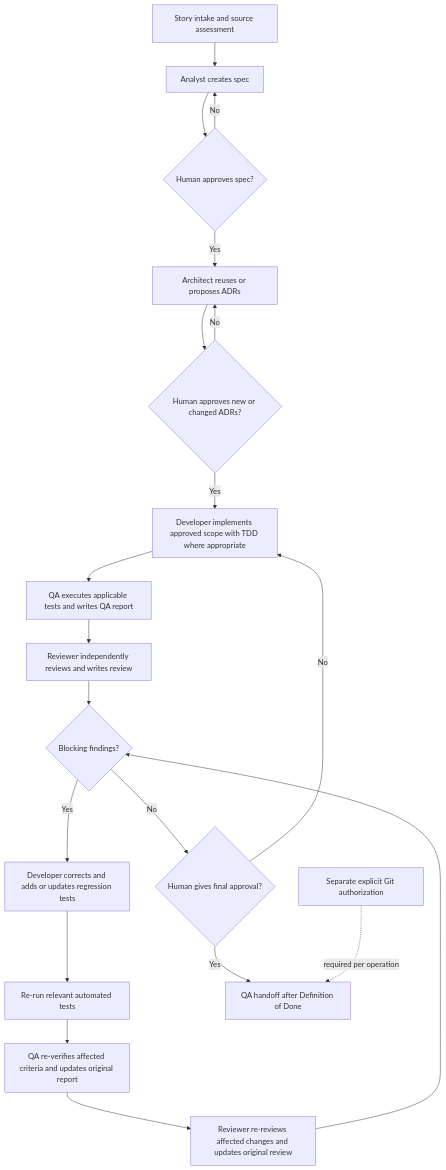
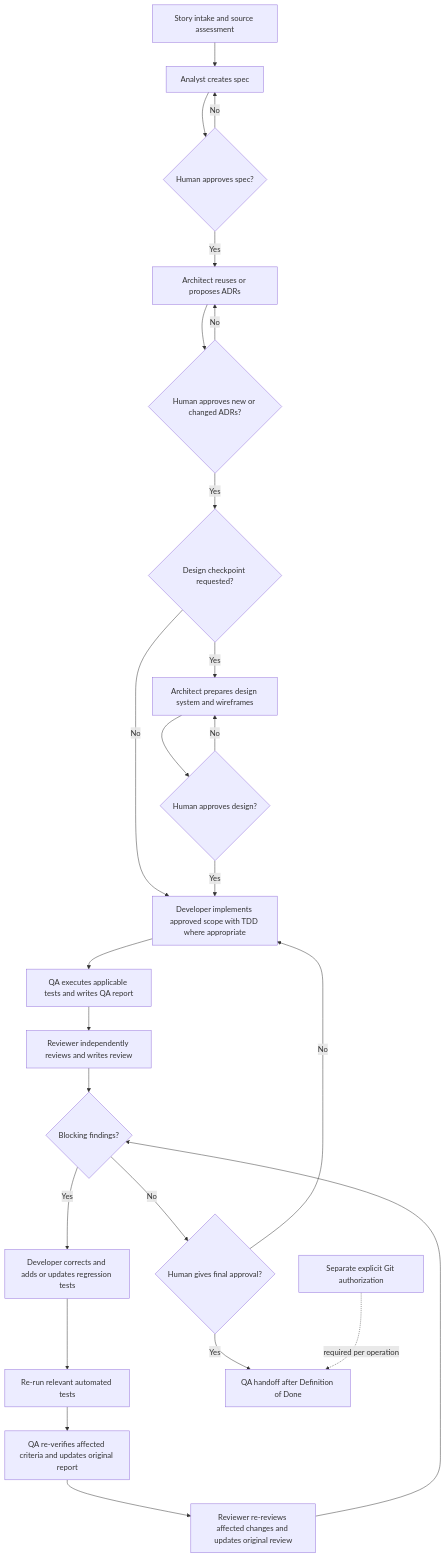
One commit to Brayanro/multi-country-car-insurance changed the diagram in FLOW.md. Above: the diagram before and after it, drawn with Mermaid. The commit also changed other lines of this file and 29 other files, not shown here.

````diff
--- a/FLOW.md
+++ b/FLOW.md
@@ -5,22 +5,27 @@
 ```mermaid
 flowchart TD
     A[Story intake and source assessment] --> B[Analyst creates spec]
     B --> C{Human approves spec?}
     C -- No --> B
     C -- Yes --> D[Architect reuses or proposes ADRs]
     D --> E{Human approves new or changed ADRs?}
     E -- No --> D
-    E -- Yes --> F[Developer implements approved scope with TDD where appropriate]
+    E -- Yes --> U{Design checkpoint requested?}
+    U -- No --> F[Developer implements approved scope with TDD where appropriate]
+    U -- Yes --> V[Architect prepares design system and wireframes]
+    V --> W{Human approves design?}
+    W -- No --> V
+    W -- Yes --> F
     F --> G[QA executes applicable tests and writes QA report]
     G --> H[Reviewer independently reviews and writes review]
     H --> I{Blocking findings?}
     I -- Yes --> J[Developer corrects and adds or updates regression tests]
     J --> K[Re-run relevant automated tests]
     K --> L[QA re-verifies affected criteria and updates original report]
     L --> M[Reviewer re-reviews affected changes and updates original review]
     M --> I
     I -- No --> N{Human gives final approval?}
     N -- No --> F
     N -- Yes --> O[QA handoff after Definition of Done]
     P[Separate explicit Git authorization] -. required per operation .-> O
 ```
````
